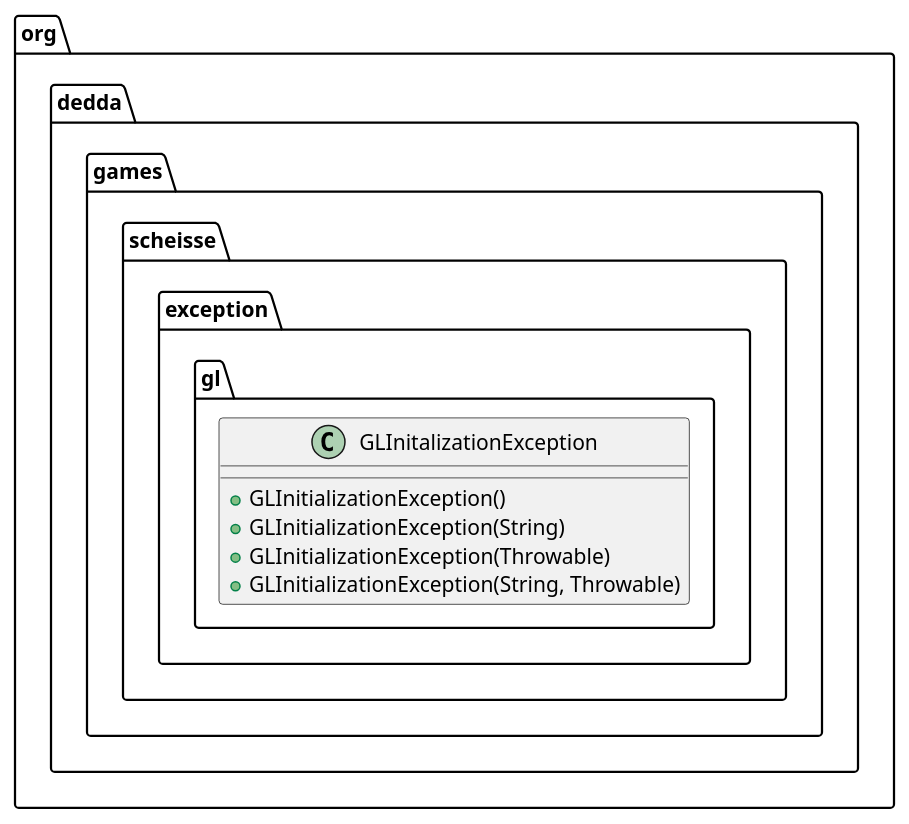
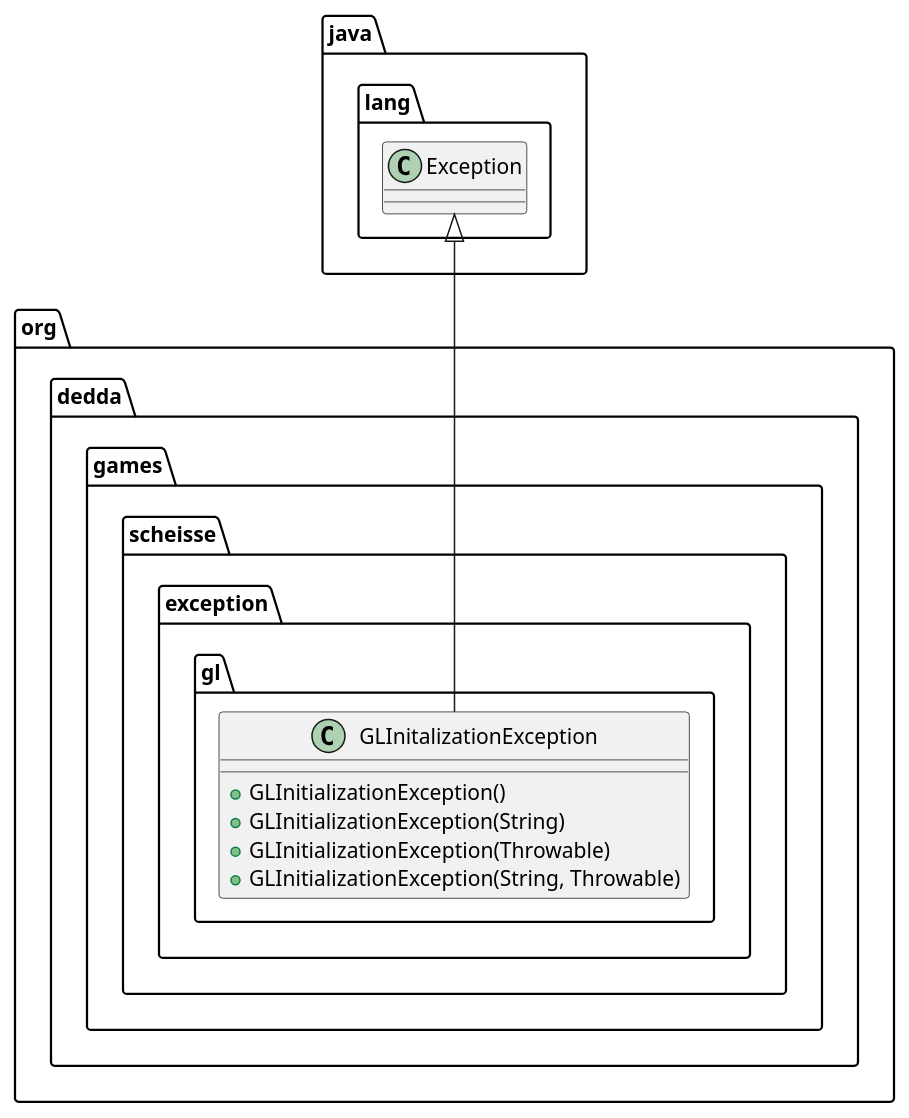
Before and after one commit to gitter-badger/scheisse: the diagram in uml/classes/org.dedda.games.scheisse.exception.gl.GLInitalizationException.puml, drawn with PlantUML. The commit also changed 14 other files, not shown here.

Commit message:
extended puml class diagram a bit

```diff
--- a/uml/classes/org.dedda.games.scheisse.exception.gl.GLInitalizationException.puml
+++ b/uml/classes/org.dedda.games.scheisse.exception.gl.GLInitalizationException.puml
@@ -1,8 +1,12 @@
 @startuml
+class java.lang.Exception
+
 class org.dedda.games.scheisse.exception.gl.GLInitalizationException{
     + GLInitializationException()
     + GLInitializationException(String)
     + GLInitializationException(Throwable)
     + GLInitializationException(String, Throwable)
 }
+
+java.lang.Exception <|-- org.dedda.games.scheisse.exception.gl.GLInitalizationException
 @enduml
```
